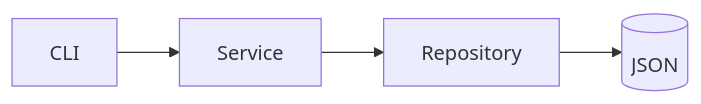
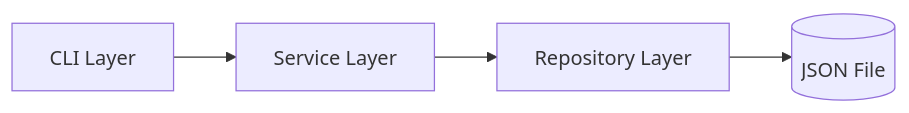
Before and after one commit to ashwinkrpi/ai-assisted-development-book: the diagram in chapters/01-foundations/06-your-first-ai-assisted-software-project.md, drawn with Mermaid. The commit also changed other lines of this file and 65 other files, not shown here.

````diff
--- a/chapters/01-foundations/06-your-first-ai-assisted-software-project.md
+++ b/chapters/01-foundations/06-your-first-ai-assisted-software-project.md
@@ -31,6 +34,6 @@
 ```mermaid
 flowchart LR
-CLI-->Service
-Service-->Repository
-Repository-->Storage[(JSON)]
+CLI[CLI Layer] --> Service[Service Layer]
+Service --> Repository[Repository Layer]
+Repository --> Storage[(JSON File)]
 ```
````
